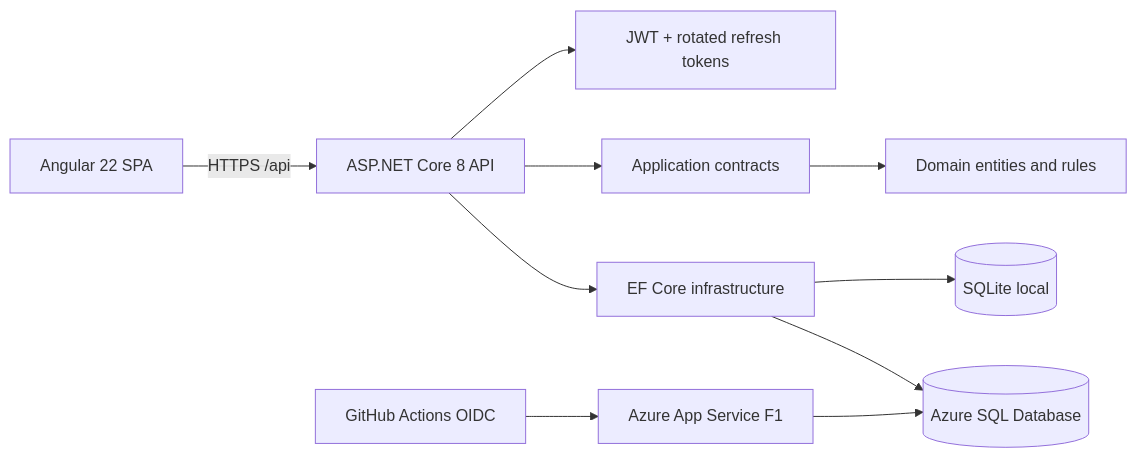
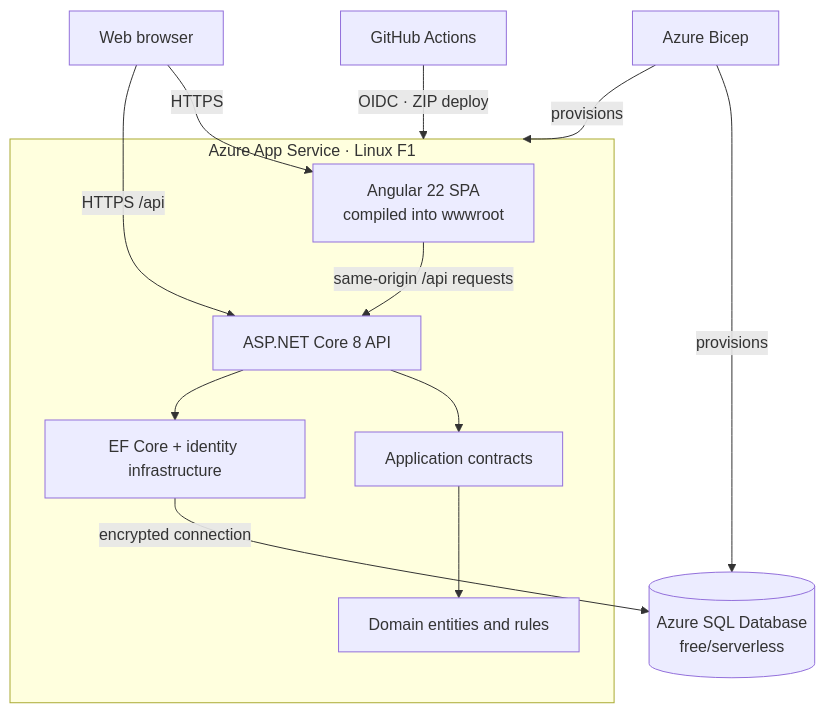
Before and after one commit to tanapotc/cloudtrack: the first of 2 diagrams in README.md, drawn with Mermaid. The commit also changed other lines of this file, not shown here.

Commit message:
docs: clarify CloudTrack architecture

````diff
--- a/README.md
+++ b/README.md
@@ -31,12 +31,21 @@
 ```mermaid
-flowchart LR
-  Browser[Angular 22 SPA] -->|HTTPS /api| API[ASP.NET Core 8 API]
-  API --> Auth[JWT + rotated refresh tokens]
-  API --> App[Application contracts]
-  App --> Domain[Domain entities and rules]
-  API --> Infra[EF Core infrastructure]
-  Infra --> Local[(SQLite local)]
-  Infra --> Cloud[(Azure SQL Database)]
-  Actions[GitHub Actions OIDC] --> WebApp[Azure App Service F1]
-  WebApp --> Cloud
+flowchart TB
+  Browser[Web browser]
+
+  subgraph AppService[Azure App Service · Linux F1]
+    Static[Angular 22 SPA<br/>compiled into wwwroot]
+    API[ASP.NET Core 8 API]
+    Static -->|same-origin /api requests| API
+    API --> Application[Application contracts]
+    Application --> Domain[Domain entities and rules]
+    API --> Infrastructure[EF Core + identity infrastructure]
+  end
+
+  Browser -->|HTTPS| Static
+  Browser -->|HTTPS /api| API
+  Infrastructure -->|encrypted connection| AzureSQL[(Azure SQL Database<br/>free/serverless)]
+
+  GitHub[GitHub Actions] -->|OIDC · ZIP deploy| AppService
+  Bicep[Azure Bicep] -->|provisions| AppService
+  Bicep -->|provisions| AzureSQL
 ```
````
